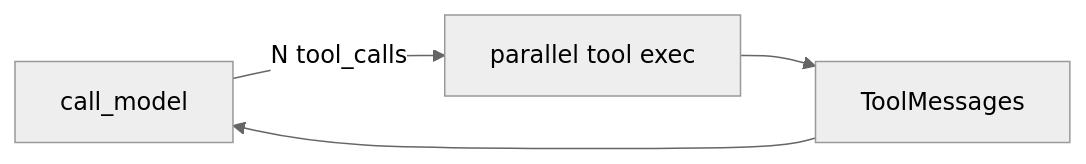
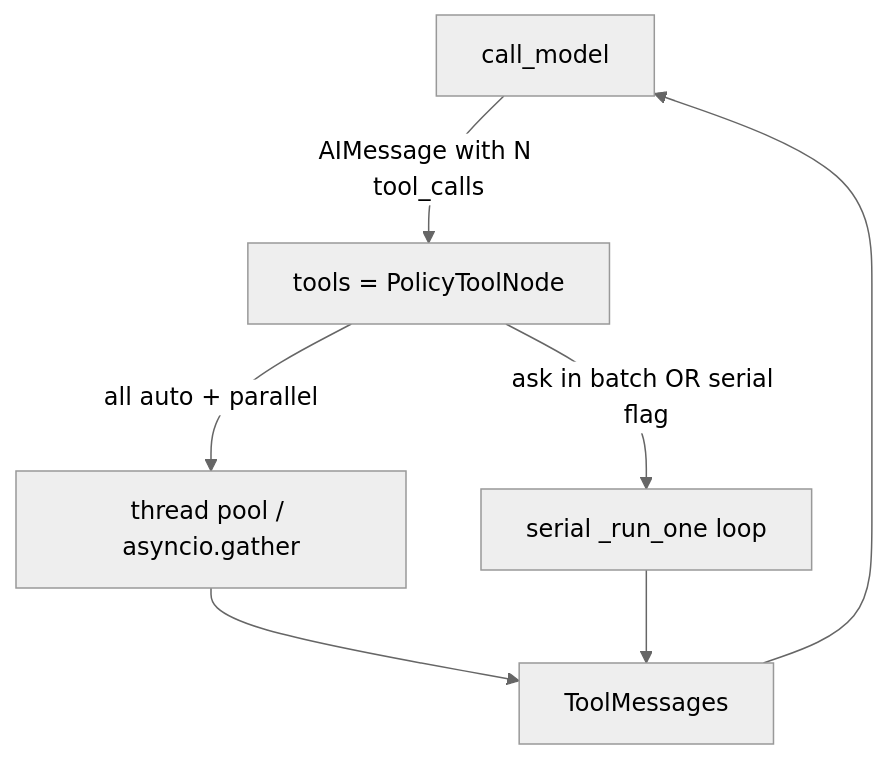
Before and after one commit to CharlotteYW/mini-claude-code: the diagram in docs/milestones/M32-parallel-tools-fanout.md, drawn with Mermaid (neutral theme). The commit also changed other lines of this file and 12 other files, not shown here.

First line of the commit message:
Ship M32 PolicyToolNode fan-out with ask-safe serial path.

````diff
--- a/docs/milestones/M32-parallel-tools-fanout.md
+++ b/docs/milestones/M32-parallel-tools-fanout.md
@@ -30,6 +37,9 @@
 ```mermaid
-flowchart LR
-  Model[call_model] -->|N tool_calls| Fan[parallel tool exec]
-  Fan --> Gather[ToolMessages]
-  Gather --> Model
+flowchart TB
+  Model[call_model] -->|AIMessage with N tool_calls| Tools["tools = PolicyToolNode"]
+  Tools -->|all auto + parallel| Par["thread pool / asyncio.gather"]
+  Tools -->|ask in batch OR serial flag| Ser["serial _run_one loop"]
+  Par --> Msgs[ToolMessages]
+  Ser --> Msgs
+  Msgs --> Model
 ```
````
